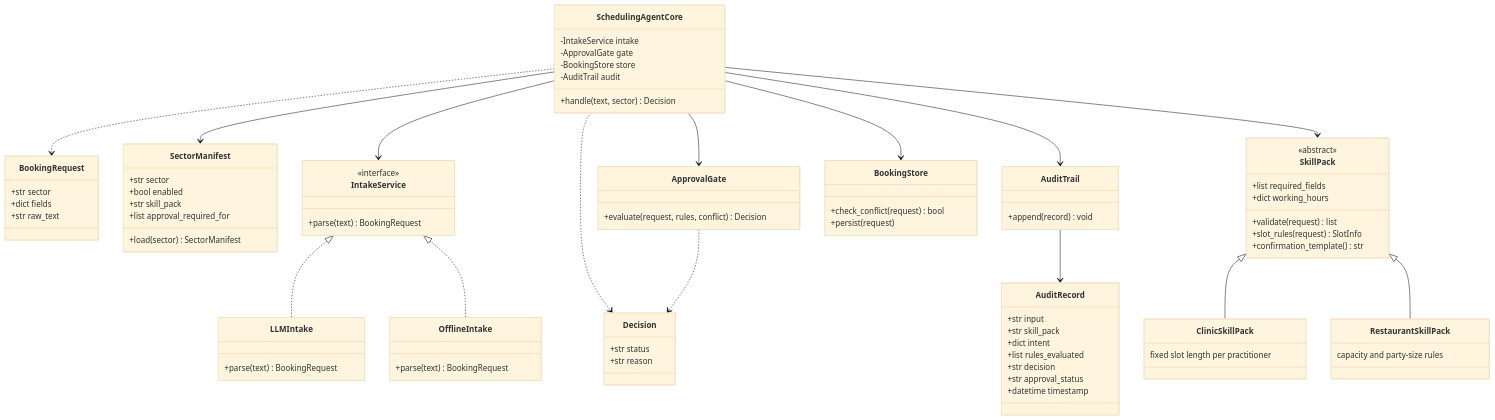
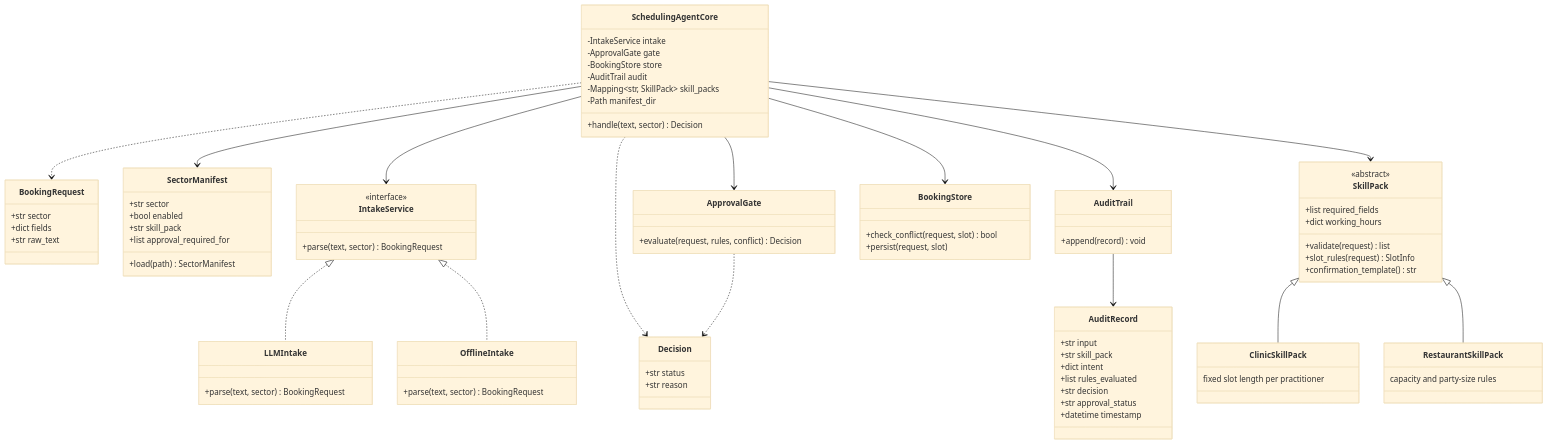
One commit to AhmedOmer013/eais-scheduling-agent changed the diagram in diagrams/class-diagram.mmd. Above: the diagram before and after it, drawn with Mermaid (base theme). The commit also changed 12 other files, not shown here.

```diff
--- a/diagrams/class-diagram.mmd
+++ b/diagrams/class-diagram.mmd
@@ -1,82 +1,84 @@
 classDiagram
     class BookingRequest {
         +str sector
         +dict fields
         +str raw_text
     }
     class Decision {
         +str status
         +str reason
     }
     class AuditRecord {
         +str input
         +str skill_pack
         +dict intent
         +list rules_evaluated
         +str decision
         +str approval_status
         +datetime timestamp
     }
     class SectorManifest {
         +str sector
         +bool enabled
         +str skill_pack
         +list approval_required_for
-        +load(sector) SectorManifest
+        +load(path) SectorManifest
     }
     class SkillPack {
         <<abstract>>
         +list required_fields
         +dict working_hours
         +validate(request) list
         +slot_rules(request) SlotInfo
         +confirmation_template() str
     }
     class ClinicSkillPack {
         fixed slot length per practitioner
     }
     class RestaurantSkillPack {
         capacity and party-size rules
     }
     class IntakeService {
         <<interface>>
-        +parse(text) BookingRequest
+        +parse(text, sector) BookingRequest
     }
     class LLMIntake {
-        +parse(text) BookingRequest
+        +parse(text, sector) BookingRequest
     }
     class OfflineIntake {
-        +parse(text) BookingRequest
+        +parse(text, sector) BookingRequest
     }
     class ApprovalGate {
         +evaluate(request, rules, conflict) Decision
     }
     class BookingStore {
-        +check_conflict(request) bool
-        +persist(request)
+        +check_conflict(request, slot) bool
+        +persist(request, slot)
     }
     class AuditTrail {
         +append(record) void
     }
     class SchedulingAgentCore {
         -IntakeService intake
         -ApprovalGate gate
         -BookingStore store
         -AuditTrail audit
+        -Mapping~str, SkillPack~ skill_packs
+        -Path manifest_dir
         +handle(text, sector) Decision
     }
 
     SkillPack <|-- ClinicSkillPack
     SkillPack <|-- RestaurantSkillPack
     IntakeService <|.. LLMIntake
     IntakeService <|.. OfflineIntake
     SchedulingAgentCore --> IntakeService
     SchedulingAgentCore --> ApprovalGate
     SchedulingAgentCore --> BookingStore
     SchedulingAgentCore --> AuditTrail
     SchedulingAgentCore --> SectorManifest
     SchedulingAgentCore --> SkillPack
     SchedulingAgentCore ..> BookingRequest
     SchedulingAgentCore ..> Decision
     ApprovalGate ..> Decision
     AuditTrail --> AuditRecord
```
